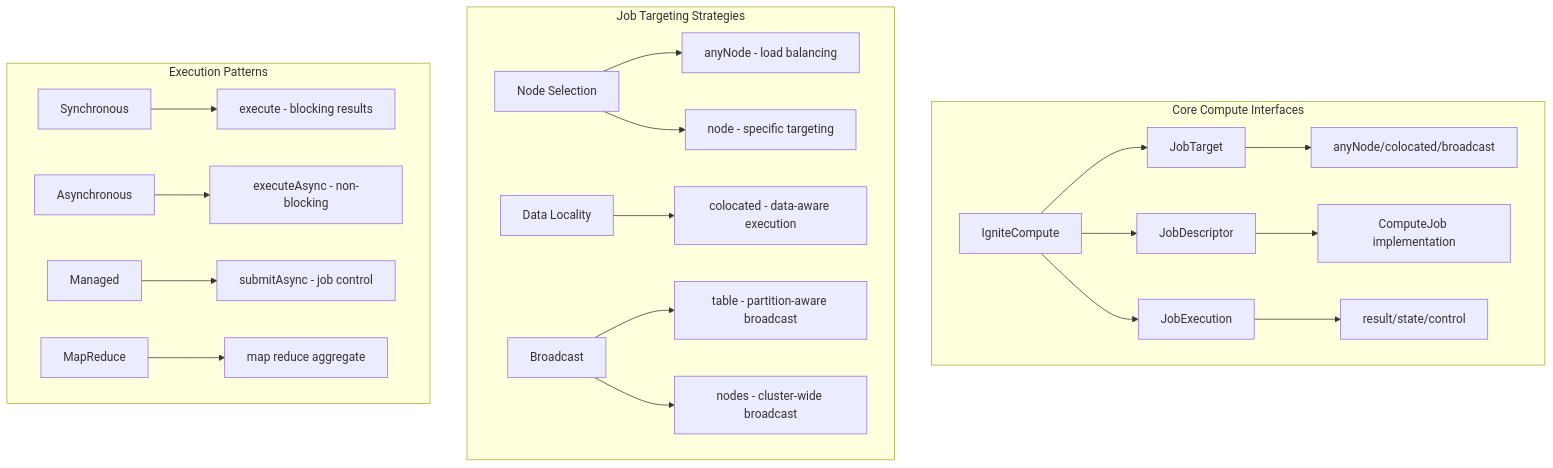
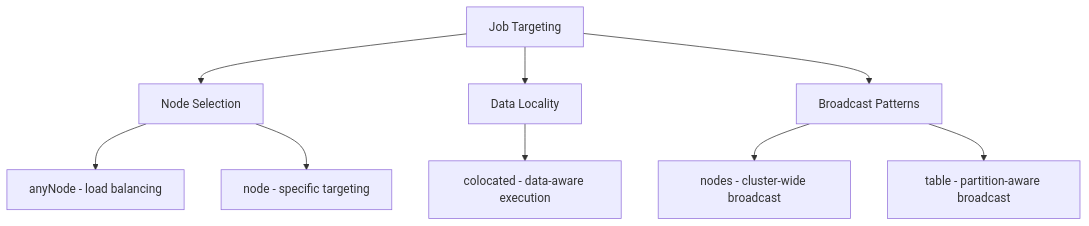
The second of 3 diagrams in docs/04-distributed-operations/03-compute-api-processing.md (maglietti/ignite3-java-api-primer), drawn with Mermaid before and after one commit. The commit also changed other lines of this file and 18 other files, not shown here.

````diff
--- a/docs/04-distributed-operations/03-compute-api-processing.md
+++ b/docs/04-distributed-operations/03-compute-api-processing.md
@@ -41,26 +62,14 @@
 ```mermaid
 graph TB
-    subgraph CCI ["Core Compute Interfaces"]
-        A[IgniteCompute] --> B[JobTarget]
-        A --> C[JobDescriptor]
-        A --> D[JobExecution]
-        B --> E[anyNode/colocated/broadcast]
-        C --> F[ComputeJob implementation]
-        D --> G[result/state/control]
-    end
-
-    subgraph JTS ["Job Targeting Strategies"]
-        H[Node Selection] --> I[anyNode - load balancing]
-        H --> J[node - specific targeting]
-        K[Data Locality] --> L[colocated - data-aware execution]
-        M[Broadcast] --> N[table - partition-aware broadcast]
-        M --> O[nodes - cluster-wide broadcast]
-    end
-
-    subgraph EP ["Execution Patterns"]
-        P[Synchronous] --> Q[execute - blocking results]
-        R[Asynchronous] --> S[executeAsync - non-blocking]
-        T[Managed] --> U[submitAsync - job control]
-        V[MapReduce] --> W[map reduce aggregate]
-    end
+    A[Job Targeting] --> B[Node Selection]
+    A --> C[Data Locality]
+    A --> D[Broadcast Patterns]
+    
+    B --> B1[anyNode - load balancing]
+    B --> B2[node - specific targeting]
+    
+    C --> C1[colocated - data-aware execution]
+    
+    D --> D1[nodes - cluster-wide broadcast]
+    D --> D2[table - partition-aware broadcast]
 ```
````
